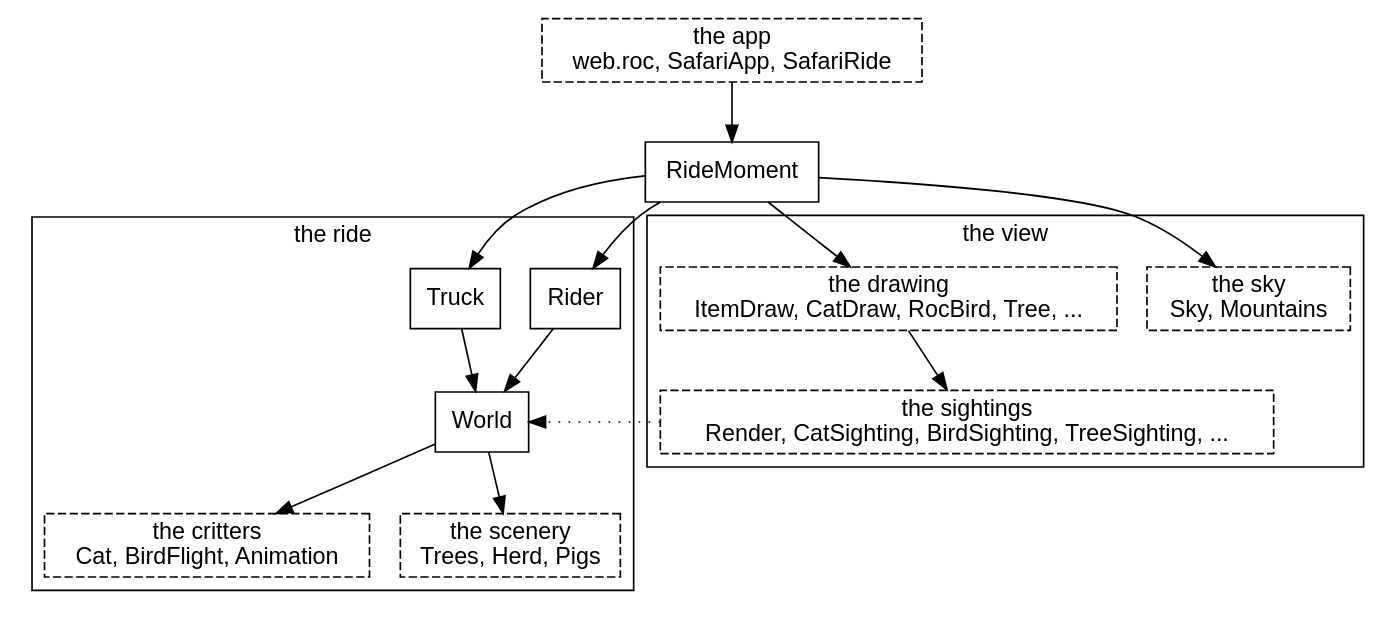
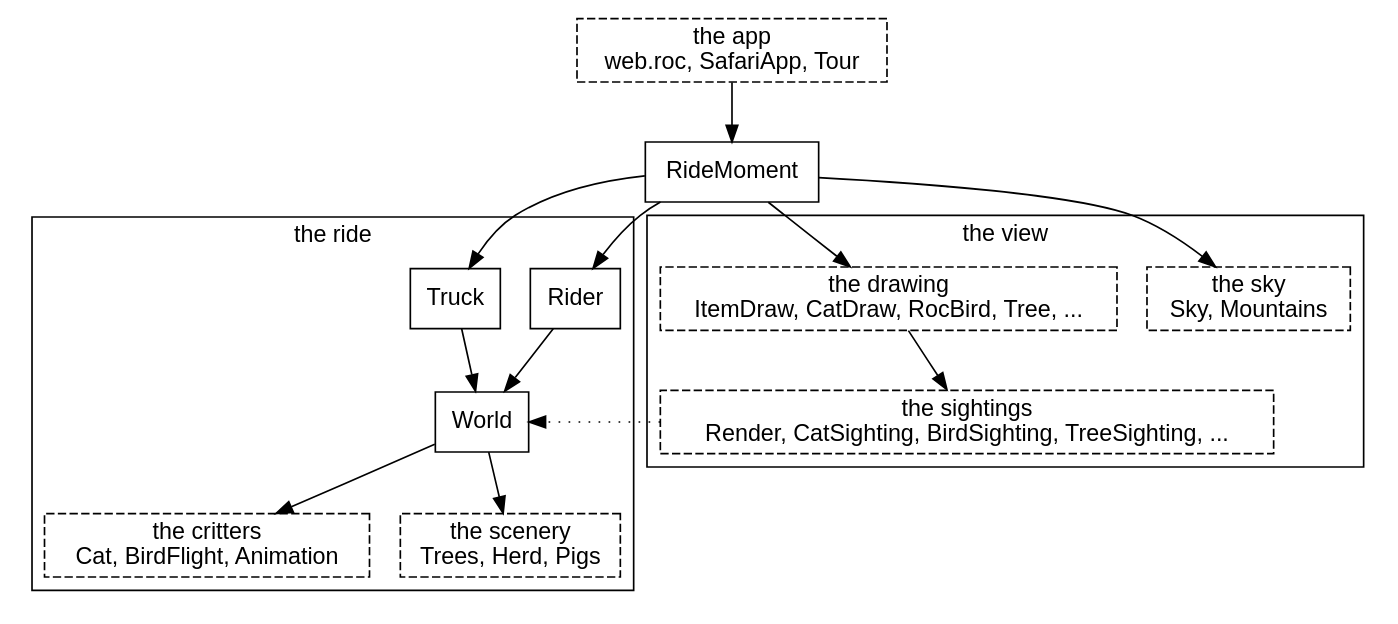
One commit to showell/roc-apps changed the second of 7 diagrams in canvas_apps/safari/tutorial/tutorial.md. Above: the diagram before and after it, drawn with Graphviz. The commit also changed other lines of this file and 9 other files, not shown here.

First line of the commit message:
safari: SafariRide.roc becomes Tour.roc

````diff
--- a/canvas_apps/safari/tutorial/tutorial.md
+++ b/canvas_apps/safari/tutorial/tutorial.md
@@ -39,30 +39,30 @@
 ```dot
 digraph system {
   node [shape=box, fontname="Helvetica"];
   fontname="Helvetica";
-  app [label="the app\nweb.roc, SafariApp, SafariRide", style=dashed];
+  app [label="the app\nweb.roc, SafariApp, Tour", style=dashed];
   subgraph cluster_ride {
     label="the ride";
     Rider; Truck; World;
     critters [label="the critters\nCat, BirdFlight, Animation", style=dashed];
     scenery [label="the scenery\nTrees, Herd, Pigs", style=dashed];
   }
   subgraph cluster_view {
     label="the view";
     sky [label="the sky\nSky, Mountains", style=dashed];
     drawing [label="the drawing\nItemDraw, CatDraw, RocBird, Tree, ...", style=dashed];
     sightings [label="the sightings\nRender, CatSighting, BirdSighting, TreeSighting, ...", style=dashed];
   }
   app -> RideMoment;
   RideMoment -> Rider;
   RideMoment -> Truck;
   Rider -> World;
   Truck -> World;
   World -> critters;
   World -> scenery;
   RideMoment -> sky;
   RideMoment -> drawing;
   drawing -> sightings;
   sightings -> World [style=dotted, constraint=false];
 }
 ```
````
